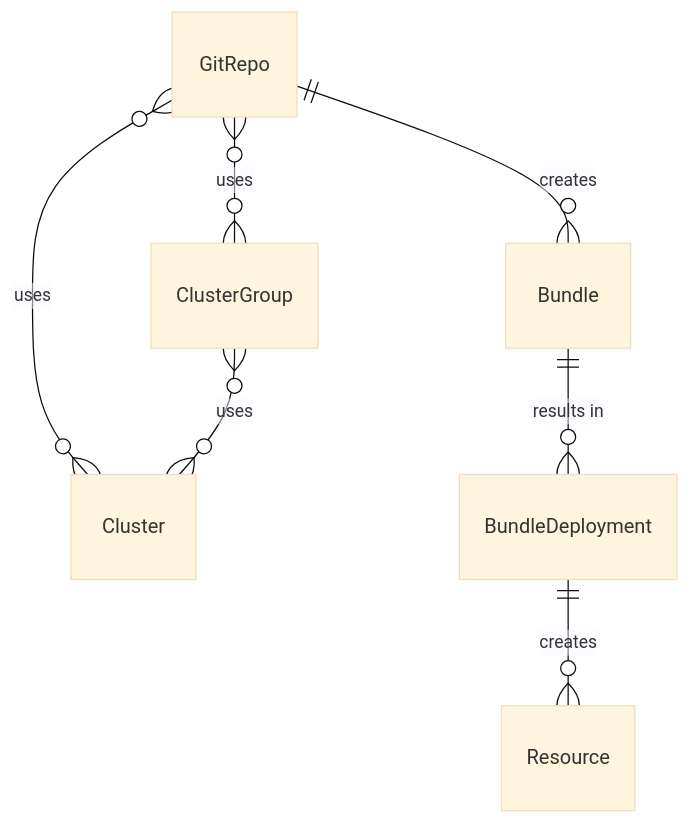
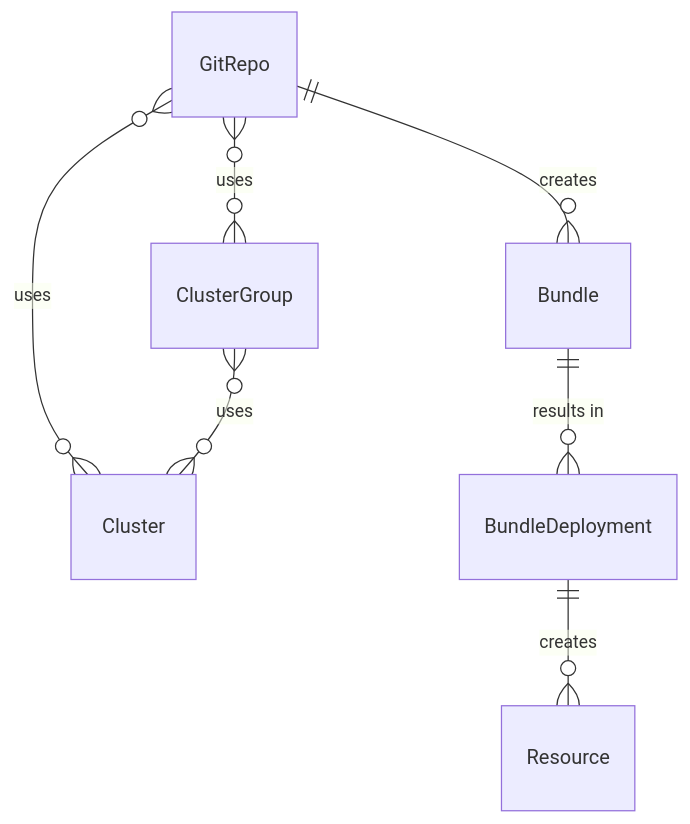
The diagram in images/crd-relations.mmd (p-se/fleet-dashboards-for-support), drawn with Mermaid before and after one commit. The commit also changed 22 other files, not shown here.

```diff
--- a/images/crd-relations.mmd
+++ b/images/crd-relations.mmd
@@ -1,19 +1,7 @@
-%%{
-    init: {
-        "theme": "base"
-    }
-}%%
-
 erDiagram
-    %% GitRepo
-    %% Cluster
-    %% ClusterGroup
-    %% Bundle
-    %% BundleDeployment
-
     GitRepo }o--o{ Cluster : "uses"
     GitRepo }o--o{ ClusterGroup : "uses"
     GitRepo ||--o{ Bundle : "creates"
     ClusterGroup }o--o{ Cluster : "uses"
     Bundle ||--o{ BundleDeployment : "results in"
     BundleDeployment ||--o{ Resource : "creates"
```
